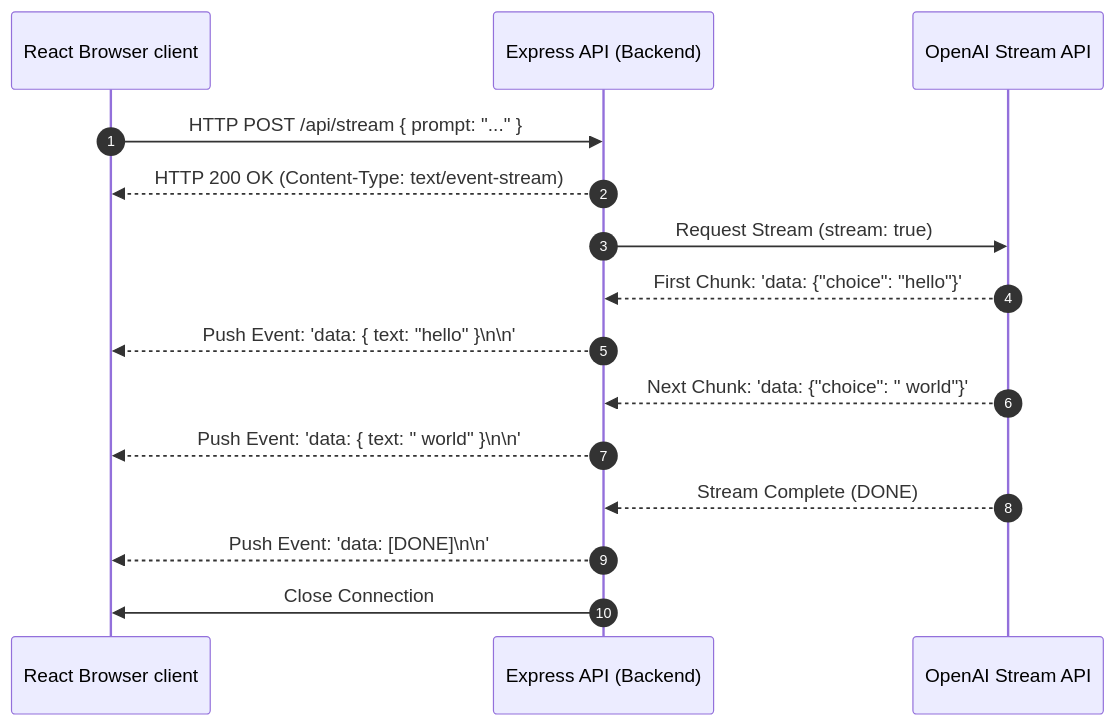
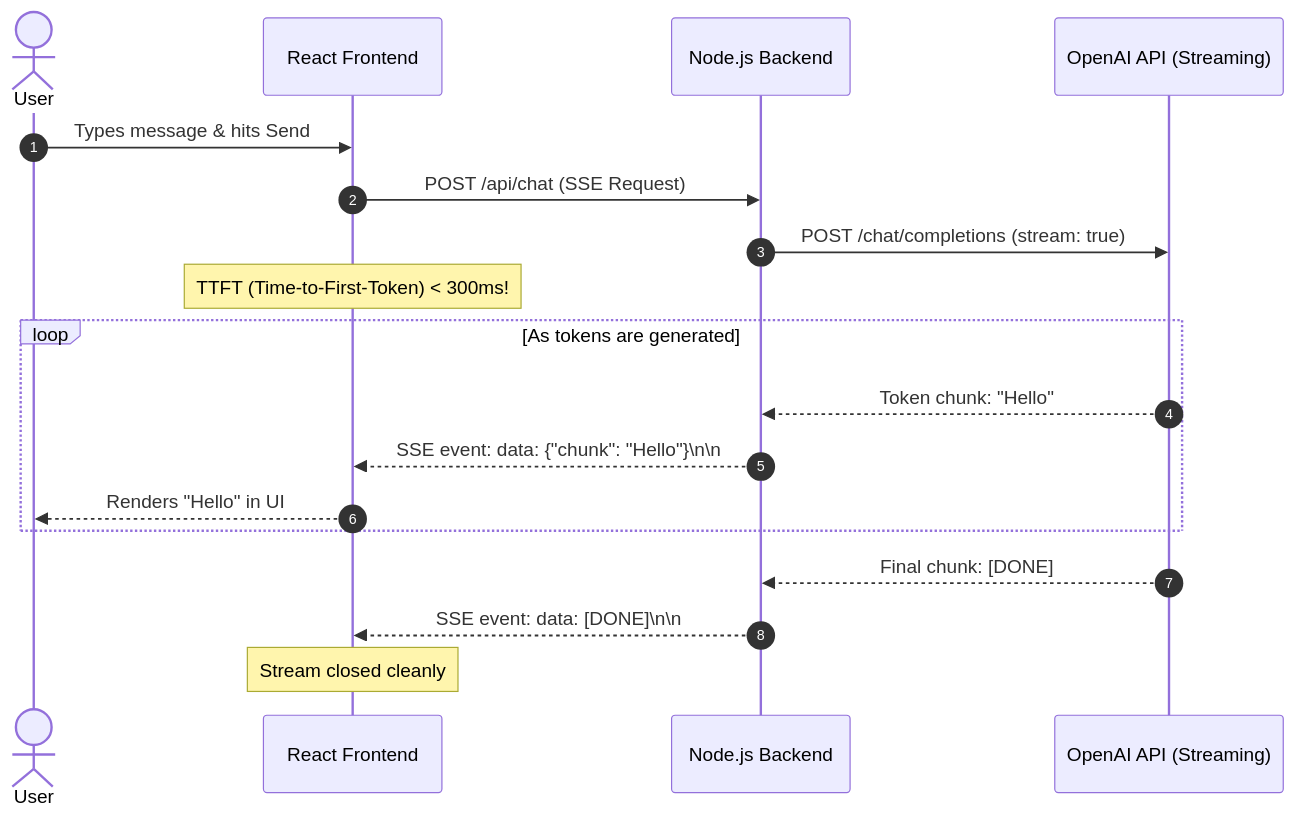
Before and after one commit to Nishant8826/theory-leaning: the first of 3 diagrams in AI-tut/10_Streaming_and_SSE.md, drawn with Mermaid. The commit also changed other lines of this file and 34 other files, not shown here.

````diff
--- a/AI-tut/10_Streaming_and_SSE.md
+++ b/AI-tut/10_Streaming_and_SSE.md
@@ -51,18 +13,23 @@
 ```mermaid
 sequenceDiagram
     autonumber
-    participant Client as React Browser client
-    participant Server as Express API (Backend)
-    participant LLM as OpenAI Stream API
-
-    Client->>Server: HTTP POST /api/stream { prompt: "..." }
-    Server-->>Client: HTTP 200 OK (Content-Type: text/event-stream)
-    Server->>LLM: Request Stream (stream: true)
-    LLM-->>Server: First Chunk: 'data: {"choice": "hello"}'
-    Server-->>Client: Push Event: 'data: { text: "hello" }\n\n'
-    LLM-->>Server: Next Chunk: 'data: {"choice": " world"}'
-    Server-->>Client: Push Event: 'data: { text: " world" }\n\n'
-    LLM-->>Server: Stream Complete (DONE)
-    Server-->>Client: Push Event: 'data: [DONE]\n\n'
-    Server->>Client: Close Connection
+    actor User
+    participant Browser as React Frontend
+    participant Server as Node.js Backend
+    participant LLM as OpenAI API (Streaming)
+    
+    User->>Browser: Types message & hits Send
+    Browser->>Server: POST /api/chat (SSE Request)
+    Server->>LLM: POST /chat/completions (stream: true)
+    
+    Note over Browser: TTFT (Time-to-First-Token) < 300ms!
+    loop As tokens are generated
+        LLM-->>Server: Token chunk: "Hello"
+        Server-->>Browser: SSE event: data: {"chunk": "Hello"}\n\n
+        Browser-->>User: Renders "Hello" in UI
+    end
+    
+    LLM-->>Server: Final chunk: [DONE]
+    Server-->>Browser: SSE event: data: [DONE]\n\n
+    Note over Browser: Stream closed cleanly
 ```
````
